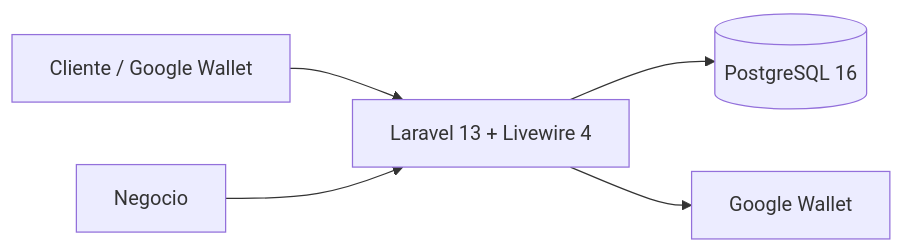
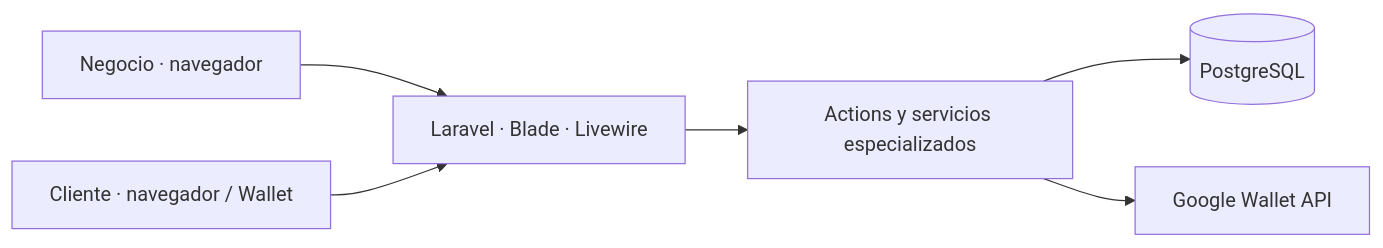
Before and after one commit to spardobo/fidelitopass: the second of 3 diagrams in README.md, drawn with Mermaid. The commit also changed other lines of this file and 2 other files, not shown here.

First line of the commit message:
docs(readme): reconcile product overview and Wallet decision scope (#287)

````diff
--- a/README.md
+++ b/README.md
@@ -264,7 +89,8 @@
 ```mermaid
 flowchart LR
-    C[Cliente / Google Wallet] --> A[Laravel 13 + Livewire 4]
-    B[Negocio] --> A
-    A --> P[(PostgreSQL 16)]
-    A --> G[Google Wallet]
+    N[Negocio · navegador] --> UI[Laravel · Blade · Livewire]
+    C[Cliente · navegador / Wallet] --> UI
+    UI --> A[Actions y servicios especializados]
+    A --> DB[(PostgreSQL)]
+    A --> W[Google Wallet API]
 ```
````
